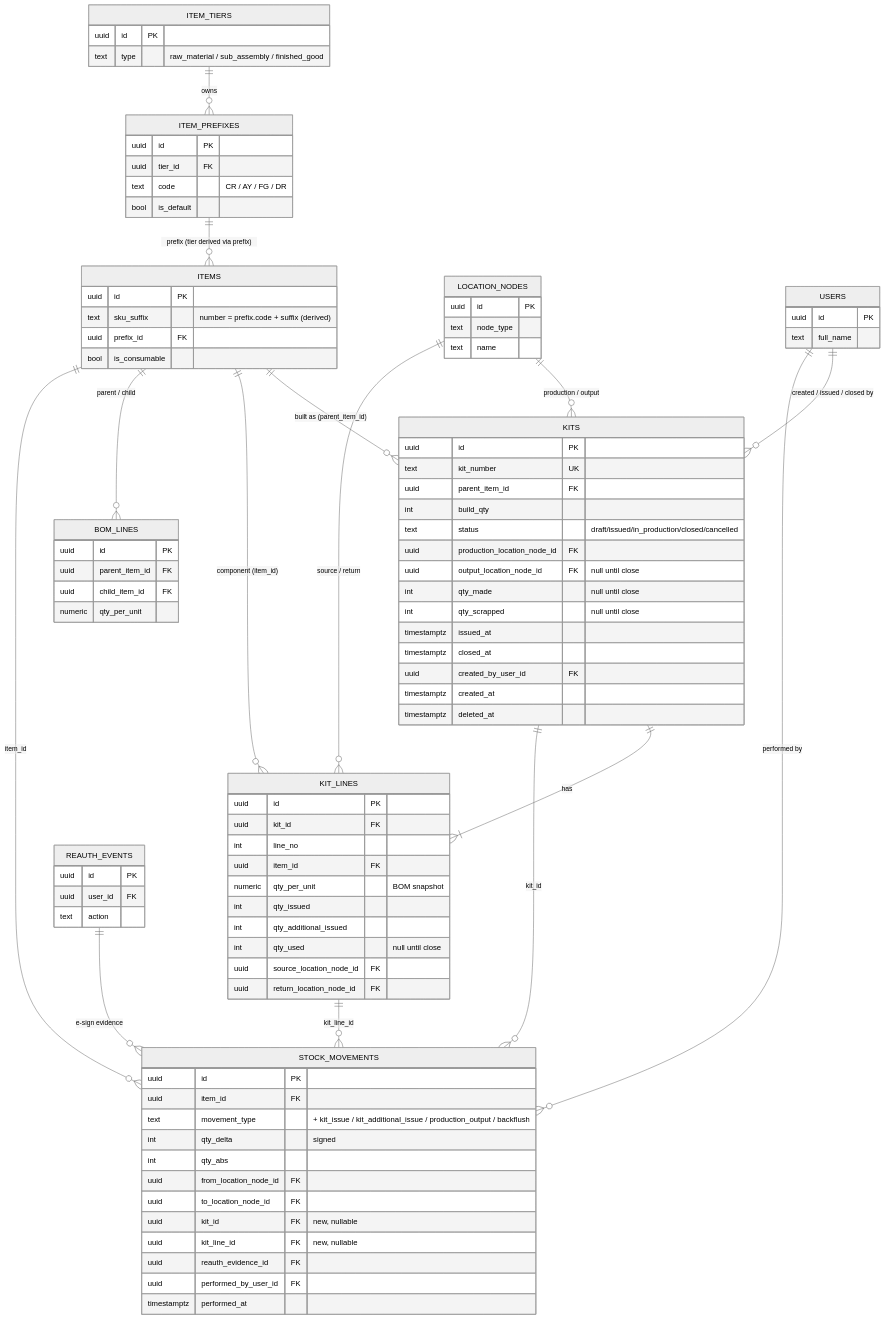
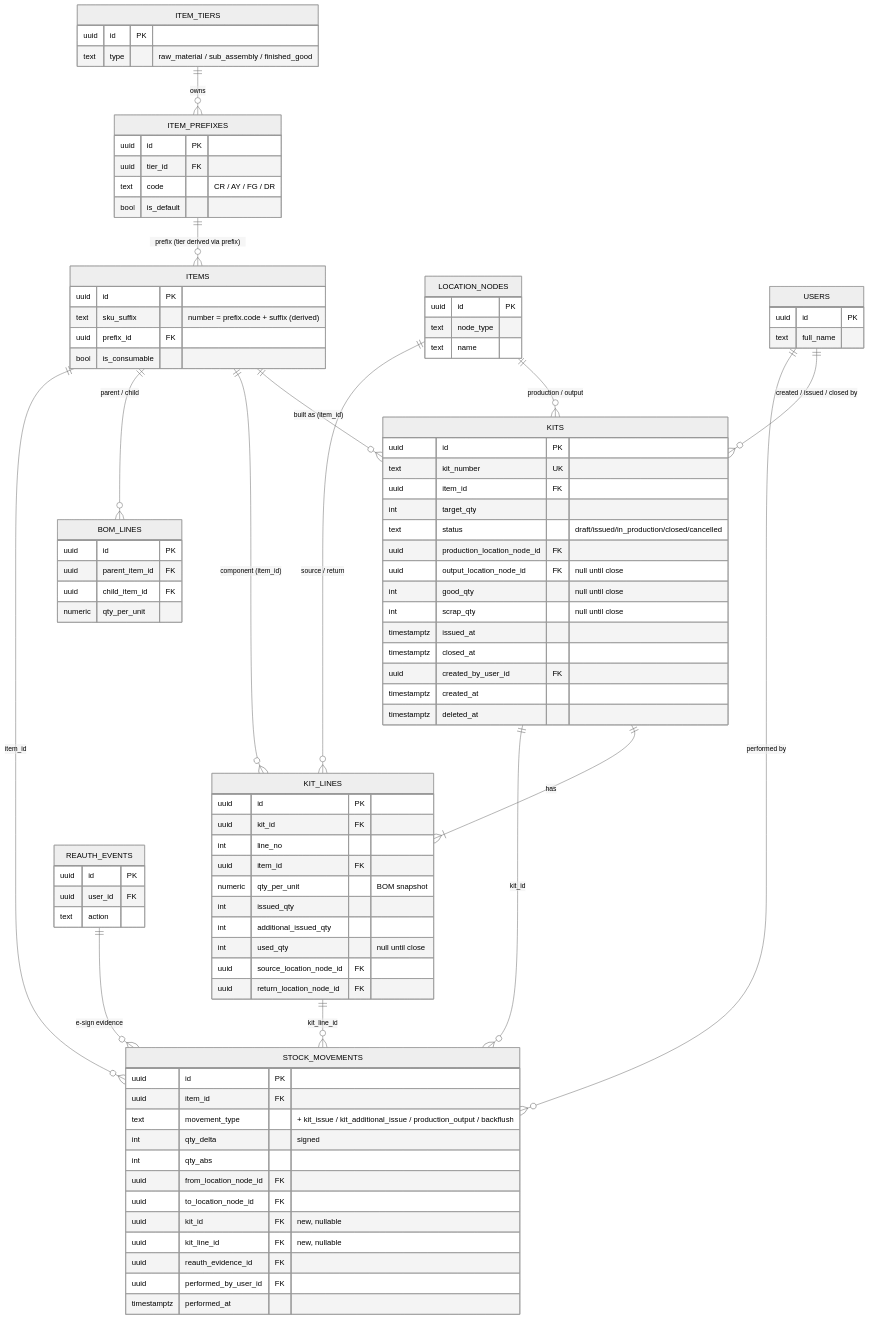
One commit to tucker-hub728/InventoryTracking changed the second of 2 diagrams in docs/modules/kitting.md. Above: the diagram before and after it, drawn with Mermaid (neutral theme). The commit also changed other lines of this file and 28 other files, not shown here.

````diff
--- a/docs/modules/kitting.md
+++ b/docs/modules/kitting.md
@@ -253,6 +259,6 @@
 ```mermaid
 erDiagram
-    ITEMS ||--o{ KITS : "built as (parent_item_id)"
+    ITEMS ||--o{ KITS : "built as (item_id)"
     KITS ||--|{ KIT_LINES : "has"
     ITEMS ||--o{ KIT_LINES : "component (item_id)"
     ITEM_TIERS ||--o{ ITEM_PREFIXES : "owns"
@@ -270,13 +276,13 @@
     KITS {
         uuid id PK
         text kit_number UK
-        uuid parent_item_id FK
-        int build_qty
+        uuid item_id FK
+        int target_qty
         text status "draft/issued/in_production/closed/cancelled"
         uuid production_location_node_id FK
         uuid output_location_node_id FK "null until close"
-        int qty_made "null until close"
-        int qty_scrapped "null until close"
+        int good_qty "null until close"
+        int scrap_qty "null until close"
         timestamptz issued_at
         timestamptz closed_at
         uuid created_by_user_id FK
@@ -289,9 +295,9 @@
         int line_no
         uuid item_id FK
         numeric qty_per_unit "BOM snapshot"
-        int qty_issued
-        int qty_additional_issued
-        int qty_used "null until close"
+        int issued_qty
+        int additional_issued_qty
+        int used_qty "null until close"
         uuid source_location_node_id FK
         uuid return_location_node_id FK
     }
````
